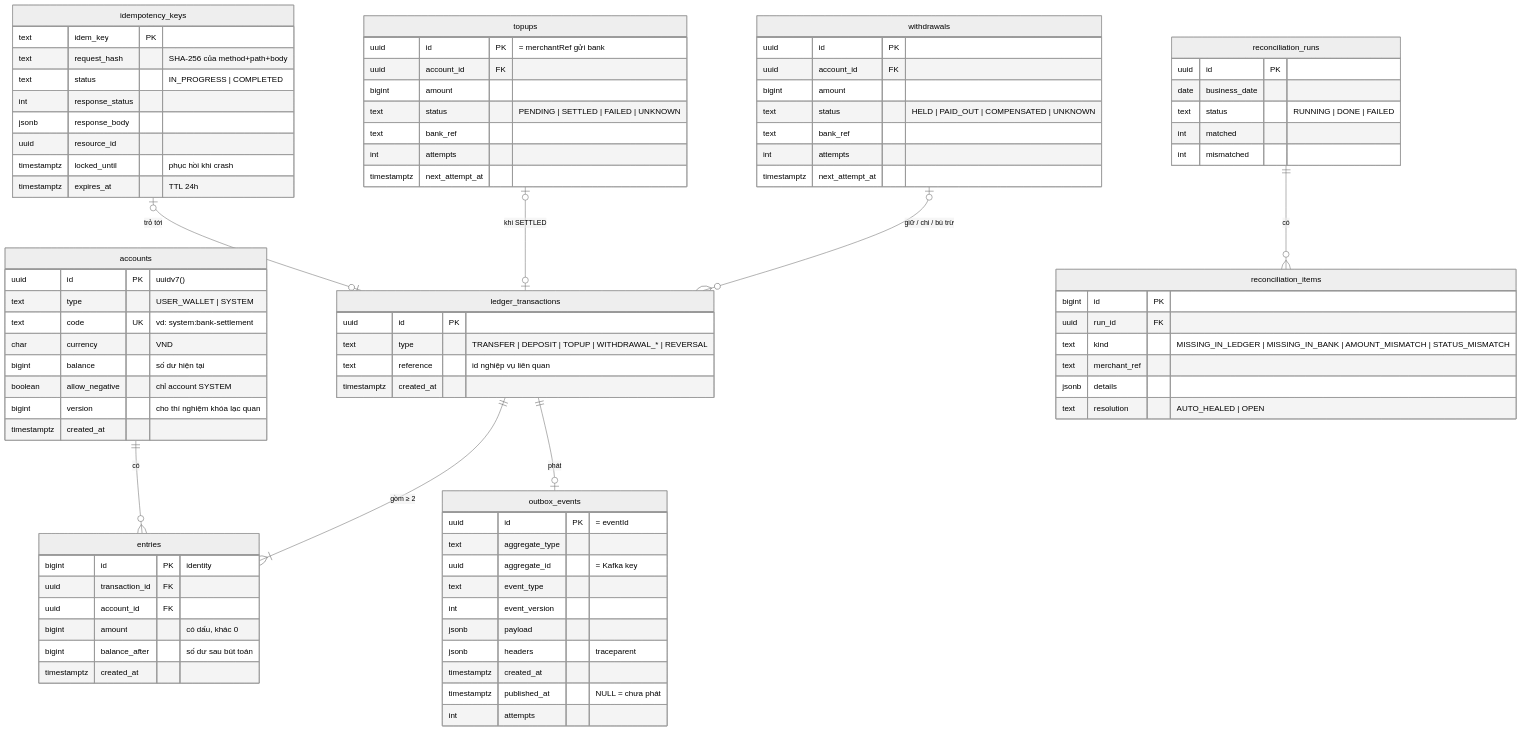
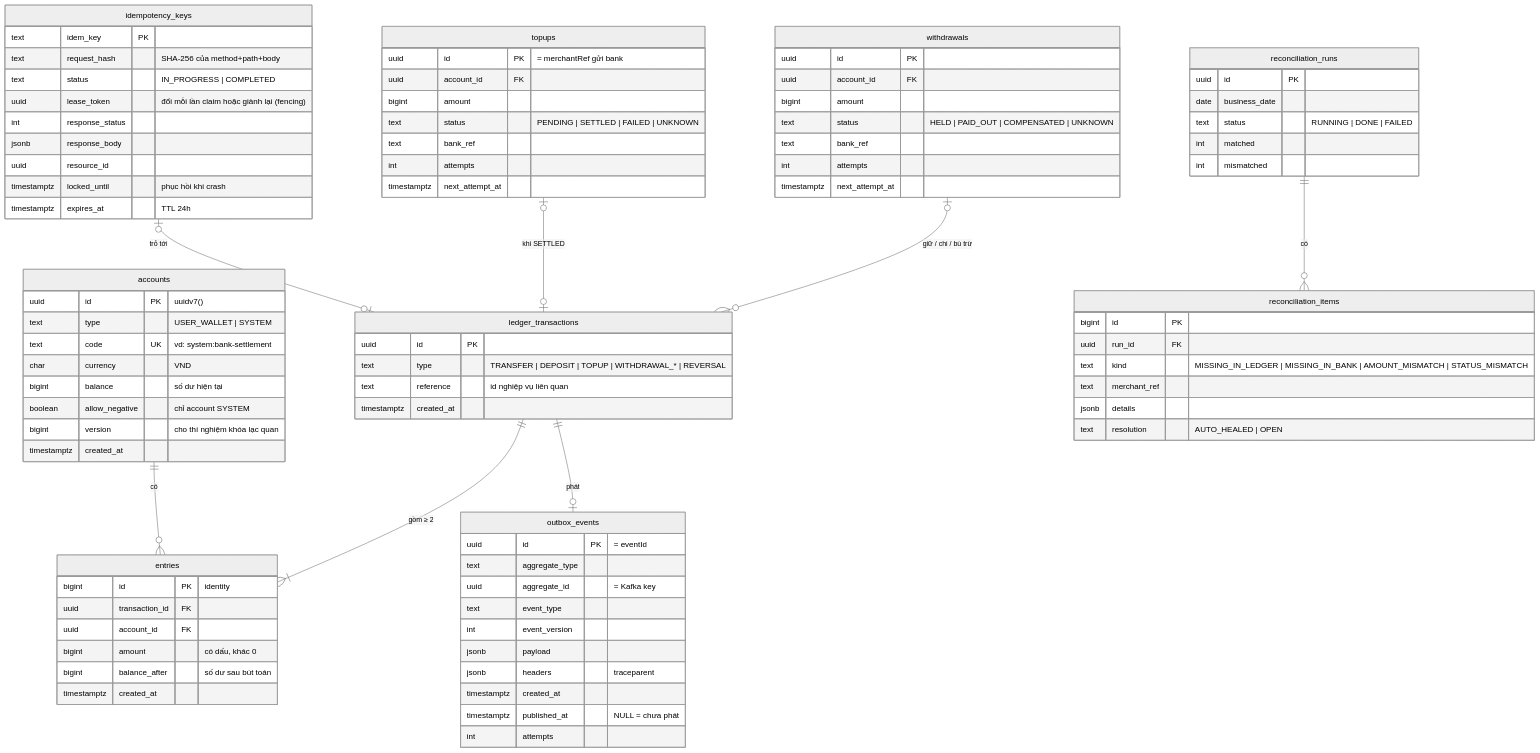
The fourth of 10 diagrams in docs/01-kien-truc.md (HoangThanhMan/ledgerly), drawn with Mermaid (neutral theme) before and after one commit. The commit also changed other lines of this file and 2 other files, not shown here.

First line of the commit message:
docs: review architecture (#68)

```diff
--- a/docs/01-kien-truc.md
+++ b/docs/01-kien-truc.md
@@ -203,6 +206,7 @@
         text idem_key PK
         text request_hash "SHA-256 của method+path+body"
         text status "IN_PROGRESS | COMPLETED"
+        uuid lease_token "đổi mỗi lần claim hoặc giành lại (fencing)"
         int response_status
         jsonb response_body
         uuid resource_id
```
